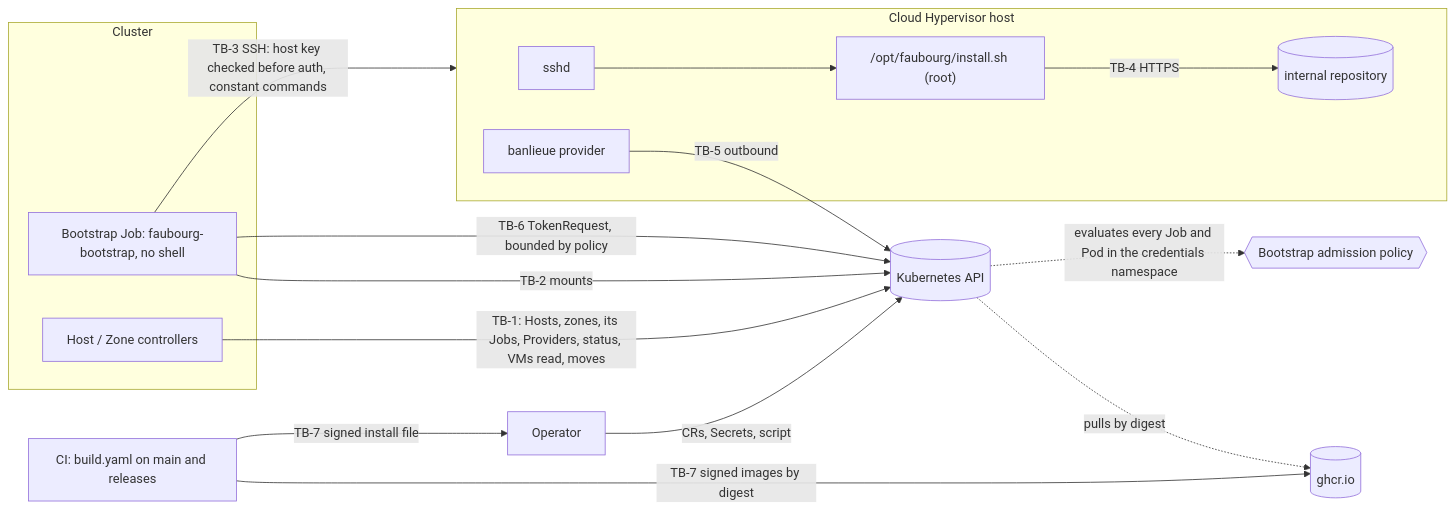
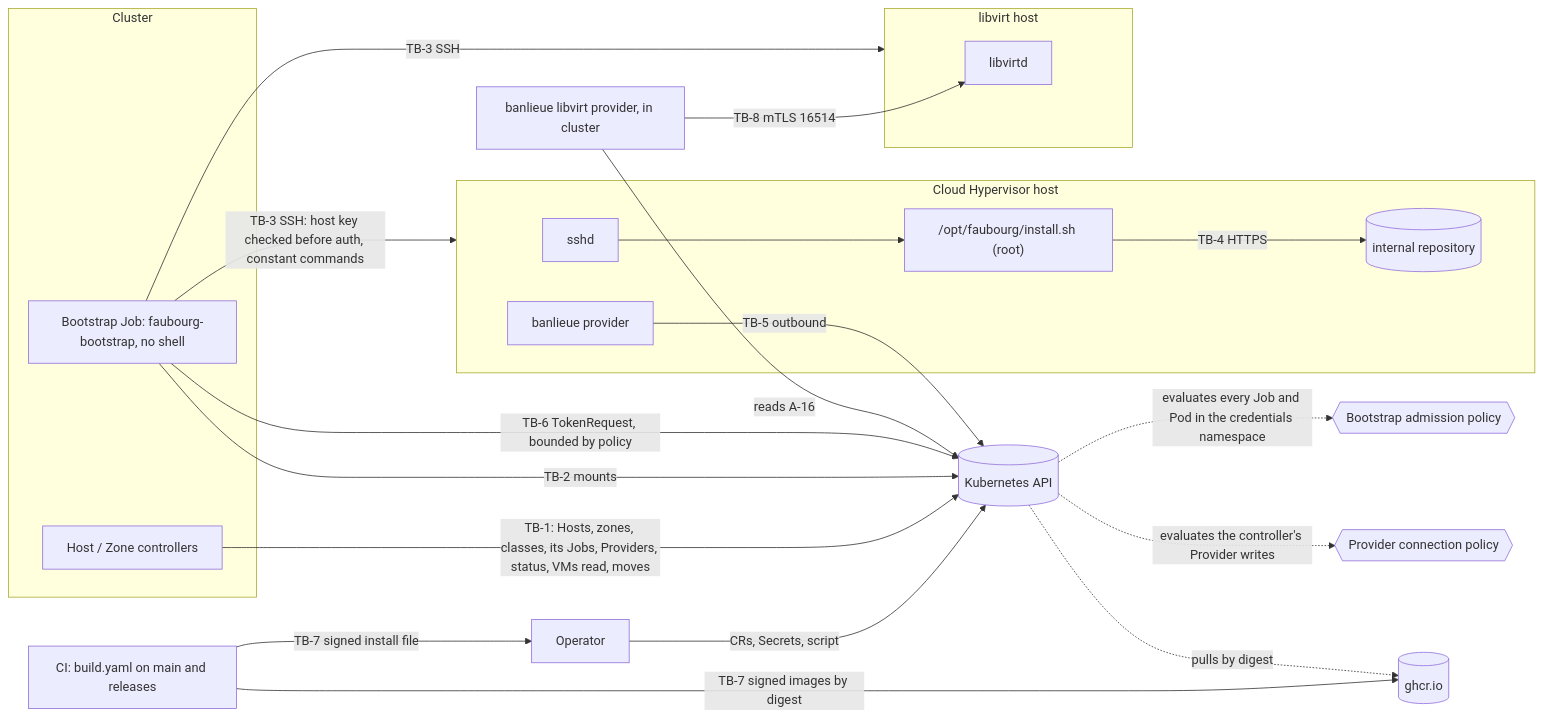
One commit to firestoned/faubourg changed the diagram in docs/security/threat-model.md. Above: the diagram before and after it, drawn with Mermaid. The commit also changed other lines of this file and 27 other files, not shown here.

First line of the commit message:
feat(controller): libvirt zones (ADR-0018, roadmap 04) (#34)

````diff
--- a/docs/security/threat-model.md
+++ b/docs/security/threat-model.md
@@ -118,22 +137,29 @@
 ```mermaid
 flowchart LR
     op[Operator] -->|CRs, Secrets, script| kube[(Kubernetes API)]
     subgraph cluster [Cluster]
         ctl[Host / Zone controllers]
         job[Bootstrap Job: faubourg-bootstrap, no shell]
     end
     kube -.->|evaluates every Job and Pod in the credentials namespace| vap{{Bootstrap admission policy}}
-    ctl -->|TB-1: Hosts, zones, its Jobs, Providers, status, VMs read, moves| kube
+    kube -.->|evaluates the controller's Provider writes| pcp{{Provider connection policy}}
+    ctl -->|TB-1: Hosts, zones, classes, its Jobs, Providers, status, VMs read, moves| kube
     job -->|TB-2 mounts| kube
     job -->|TB-6 TokenRequest, bounded by policy| kube
     job -->|TB-3 SSH: host key checked before auth, constant commands| host
     subgraph host [Cloud Hypervisor host]
         sshd[sshd] --> script["/opt/faubourg/install.sh (root)"]
         script -->|TB-4 HTTPS| repo[(internal repository)]
         prov[banlieue provider]
     end
     prov -->|TB-5 outbound| kube
+    lvp[banlieue libvirt provider, in cluster] -->|reads A-16| kube
+    lvp -->|TB-8 mTLS 16514| lvd
+    job -->|TB-3 SSH| kvm
+    subgraph kvm [libvirt host]
+        lvd[libvirtd]
+    end
     ci[CI: build.yaml on main and releases] -->|TB-7 signed images by digest| reg[(ghcr.io)]
     ci -->|TB-7 signed install file| op
     kube -.->|pulls by digest| reg
 ```
````
